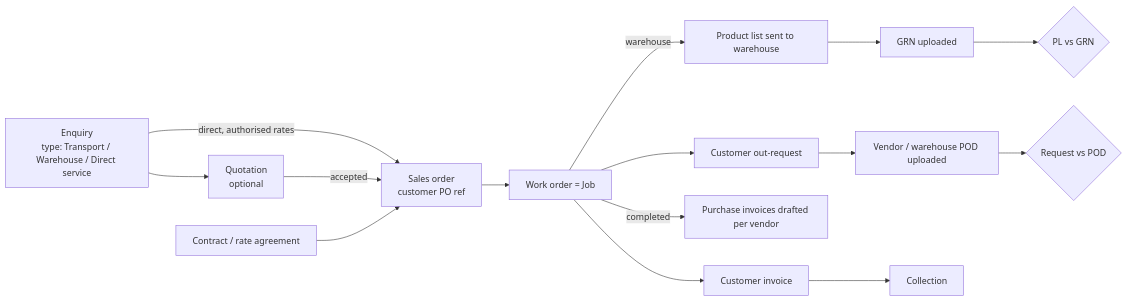
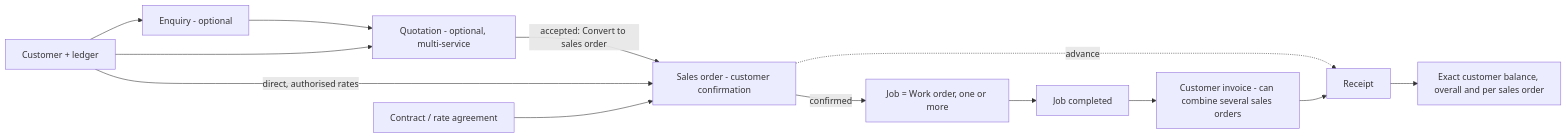
The first of 2 diagrams in docs/BUSINESS-FLOW.md (tsforcetech/AENIX_FRONTEND), drawn with Mermaid before and after one commit. The commit also changed other lines of this file and 114 other files, not shown here.

First line of the commit message:
FLOW-002: industry-standard order-to-cash, procure-to-pay and accounts (#3)

````diff
--- a/docs/BUSINESS-FLOW.md
+++ b/docs/BUSINESS-FLOW.md
@@ -17,17 +19,15 @@
 ```mermaid
 flowchart LR
-  ENQ[Enquiry<br/>type: Transport / Warehouse / Direct service] --> QT[Quotation<br/>optional]
-  ENQ -->|direct, authorised rates| SO
-  QT -->|accepted| SO[Sales order<br/>customer PO ref]
+  C[Customer + ledger] --> ENQ[Enquiry - optional]
+  ENQ --> QT[Quotation - optional, multi-service]
+  C --> QT
+  QT -->|accepted: Convert to sales order| SO[Sales order - customer confirmation]
+  C -->|direct, authorised rates| SO
   CTR[Contract / rate agreement] --> SO
-  SO --> WO[Work order = Job]
-  WO -->|warehouse| PL[Product list sent to warehouse]
-  PL --> GRN[GRN uploaded]
-  GRN --> C1{PL vs GRN}
-  WO --> CR[Customer out-request]
-  CR --> POD[Vendor / warehouse POD uploaded]
-  POD --> C2{Request vs POD}
-  WO -->|completed| PI[Purchase invoices drafted per vendor]
-  WO --> INV[Customer invoice]
-  INV --> COL[Collection]
+  SO -->|confirmed| JOB[Job = Work order, one or more]
+  JOB --> DONE[Job completed]
+  DONE --> INV[Customer invoice - can combine several sales orders]
+  SO -. advance .-> RC[Receipt]
+  INV --> RC
+  RC --> BAL[Exact customer balance, overall and per sales order]
 ```
````
